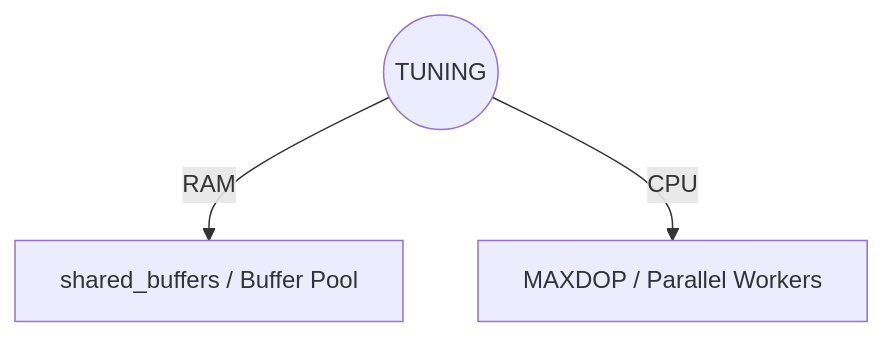
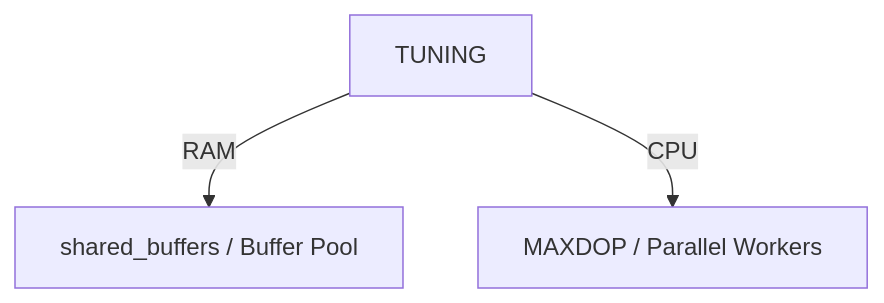
The third of 12 diagrams in README.md (rraulherediaa/PracticasEstructurasDatos), drawn with Mermaid before and after one commit. The commit also changed other lines of this file, not shown here.

````diff
--- a/README.md
+++ b/README.md
@@ -39,6 +61,6 @@
 ```mermaid
 flowchart TD
-    Tuning(("TUNING"))
+    Tuning["TUNING"]
     Tuning -->|RAM| P1["shared_buffers / Buffer Pool"]
     Tuning -->|CPU| P2["MAXDOP / Parallel Workers"]
 ```
````
